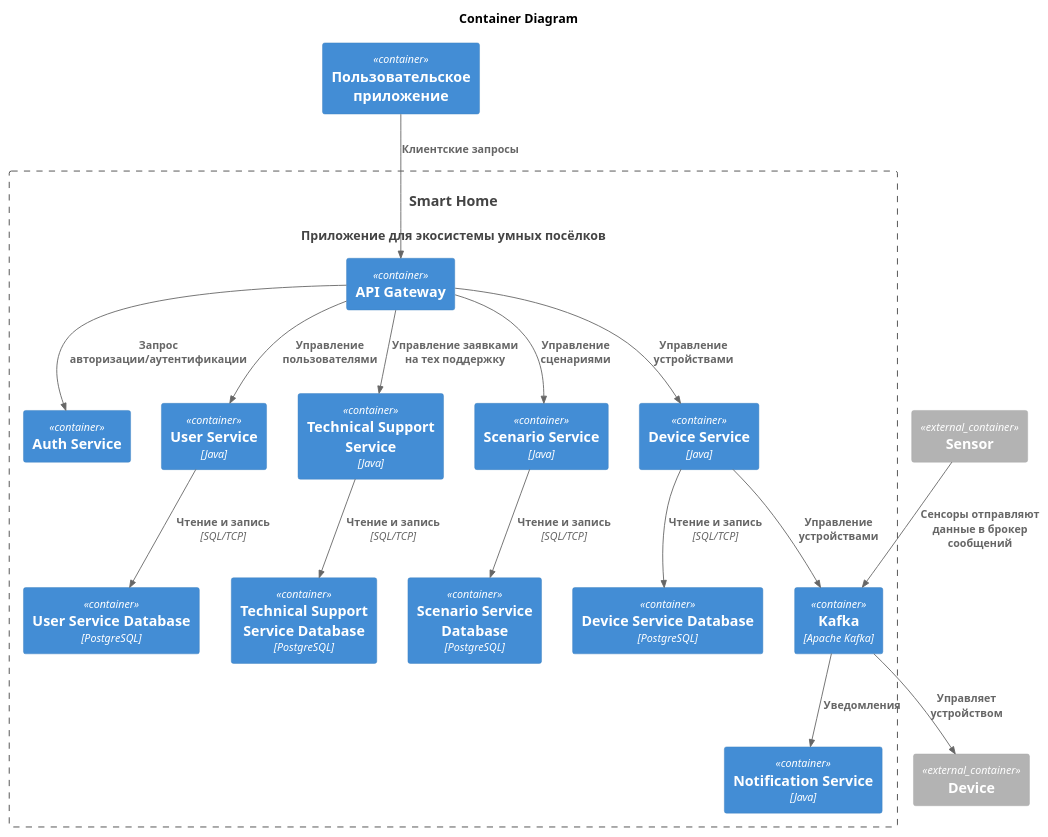
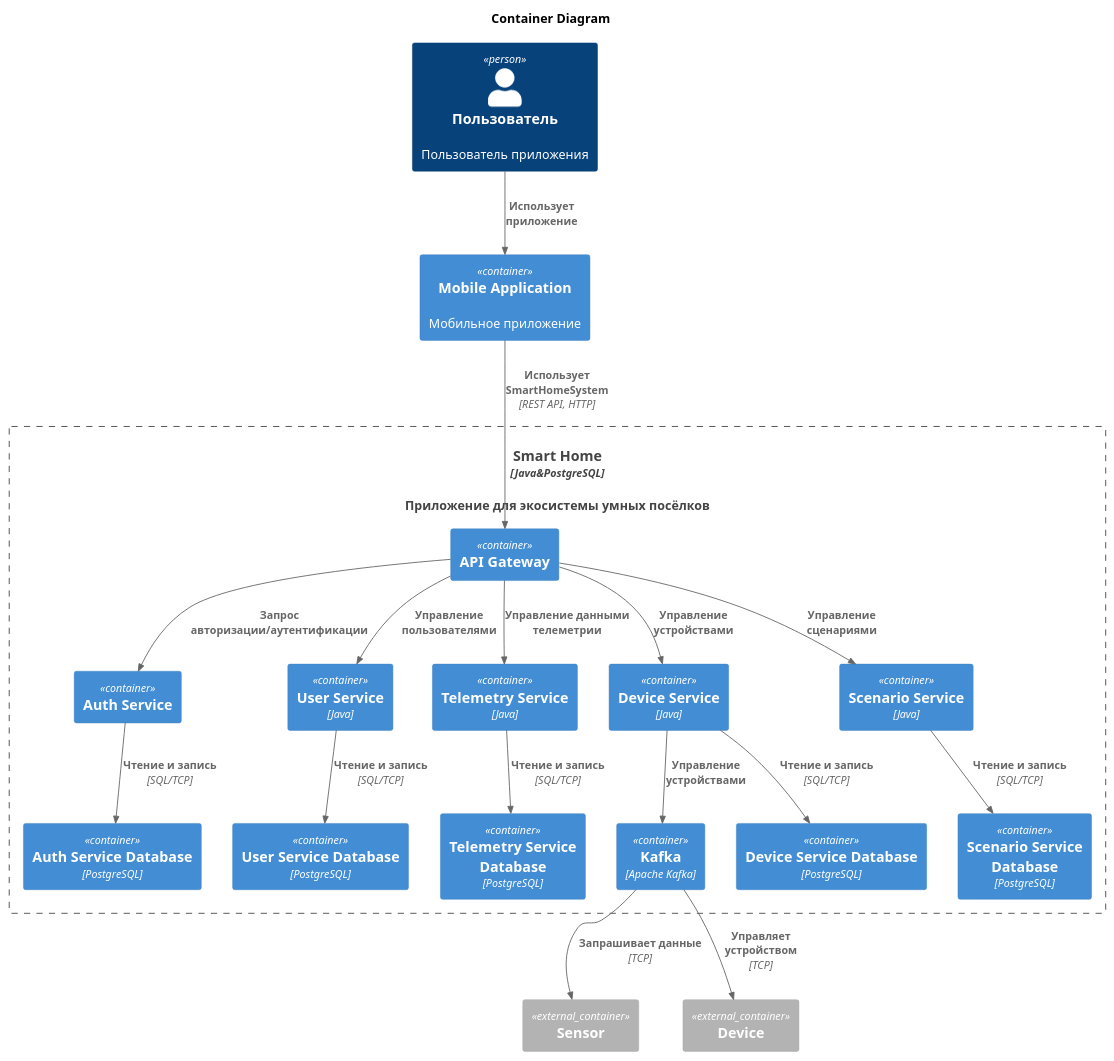
One commit to MarieSpring/architecture-sprint-3 changed the diagram in docs/task2/Containers.puml. Above: the diagram before and after it, drawn with PlantUML.

Commit message:
fix after review task 2 Container Diagram

```diff
--- a/docs/task2/Containers.puml
+++ b/docs/task2/Containers.puml
@@ -1,55 +1,56 @@
 @startuml
 
 title Container Diagram
 
 !include https://raw.githubusercontent.com/plantuml-stdlib/C4-PlantUML/master/C4_Container.puml
 
-Container(User, "Пользовательское приложение")
-System(SmartHomeSystem, "Smart Home", "Приложение для экосистемы умных посёлков")
+Person(User, "Пользователь", "Пользователь приложения")
+
+Container(MobileApplication, "Mobile Application", , "Мобильное приложение")
+Container(SmartHomeSystem, "Smart Home", "Java&PostgreSQL", "Приложение для экосистемы умных посёлков")
 
 Container_Boundary(SmartHomeSystem, "Smart Home") {
     Container(ApiGateway, "API Gateway")
 
     Container(Kafka, "Kafka", "Apache Kafka")
 
     Container(AuthService, "Auth Service")
+    Container(AuthServiceDatabase, "Auth Service Database", "PostgreSQL")
     
     Container(UserService, "User Service", "Java")
     Container(UserServiceDatabase, "User Service Database", "PostgreSQL")
 
-    Container(NotificationService, "Notification Service", "Java")
-
-    Container(TechnicalSupportService, "Technical Support Service", "Java")
-    Container(TechnicalSupportServiceDatabase, "Technical Support Service Database", "PostgreSQL")
+    Container(TelemetryService, "Telemetry Service", "Java")
+    Container(TelemetryServiceDatabase, "Telemetry Service Database", "PostgreSQL")
 
     Container(DeviceService, "Device Service", "Java")
     Container(DeviceServiceDatabase, "Device Service Database", "PostgreSQL")
 
     Container(ScenarioService, "Scenario Service", "Java")
     Container(ScenarioServiceDatabase, "Scenario Service Database", "PostgreSQL")
 }
 
 Container_Ext(Sensor, "Sensor")
 Container_Ext(Device, "Device")
 
-Rel(User, ApiGateway, "Клиентские запросы")
-
-Rel(Kafka, NotificationService, "Уведомления")
+Rel(User, MobileApplication, "Использует приложение")
+Rel(MobileApplication, ApiGateway, "Использует SmartHomeSystem", "REST API, HTTP")
 
 Rel(ApiGateway, AuthService, "Запрос авторизации/аутентификации")
 Rel(ApiGateway, UserService, "Управление пользователями")
-Rel(ApiGateway, TechnicalSupportService, "Управление заявками на тех поддержку")
+Rel(ApiGateway, TelemetryService, "Управление данными телеметрии")
 Rel(ApiGateway, DeviceService, "Управление устройствами")
 Rel(ApiGateway, ScenarioService, "Управление сценариями")
 
 Rel(DeviceService, Kafka, "Управление устройствами")
 
+Rel(AuthService, AuthServiceDatabase, "Чтение и запись", "SQL/TCP")
 Rel(UserService, UserServiceDatabase, "Чтение и запись", "SQL/TCP")
-Rel(TechnicalSupportService, TechnicalSupportServiceDatabase, "Чтение и запись", "SQL/TCP")
+Rel(TelemetryService, TelemetryServiceDatabase, "Чтение и запись", "SQL/TCP")
 Rel(DeviceService, DeviceServiceDatabase, "Чтение и запись", "SQL/TCP")
 Rel(ScenarioService, ScenarioServiceDatabase, "Чтение и запись", "SQL/TCP")
 
-Rel(Sensor, Kafka, "Сенсоры отправляют данные в брокер сообщений")
-Rel(Kafka, Device, "Управляет устройством")
+Rel(Kafka, Sensor, "Запрашивает данные", "TCP")
+Rel(Kafka, Device, "Управляет устройством", "TCP")
 
 @enduml
```
